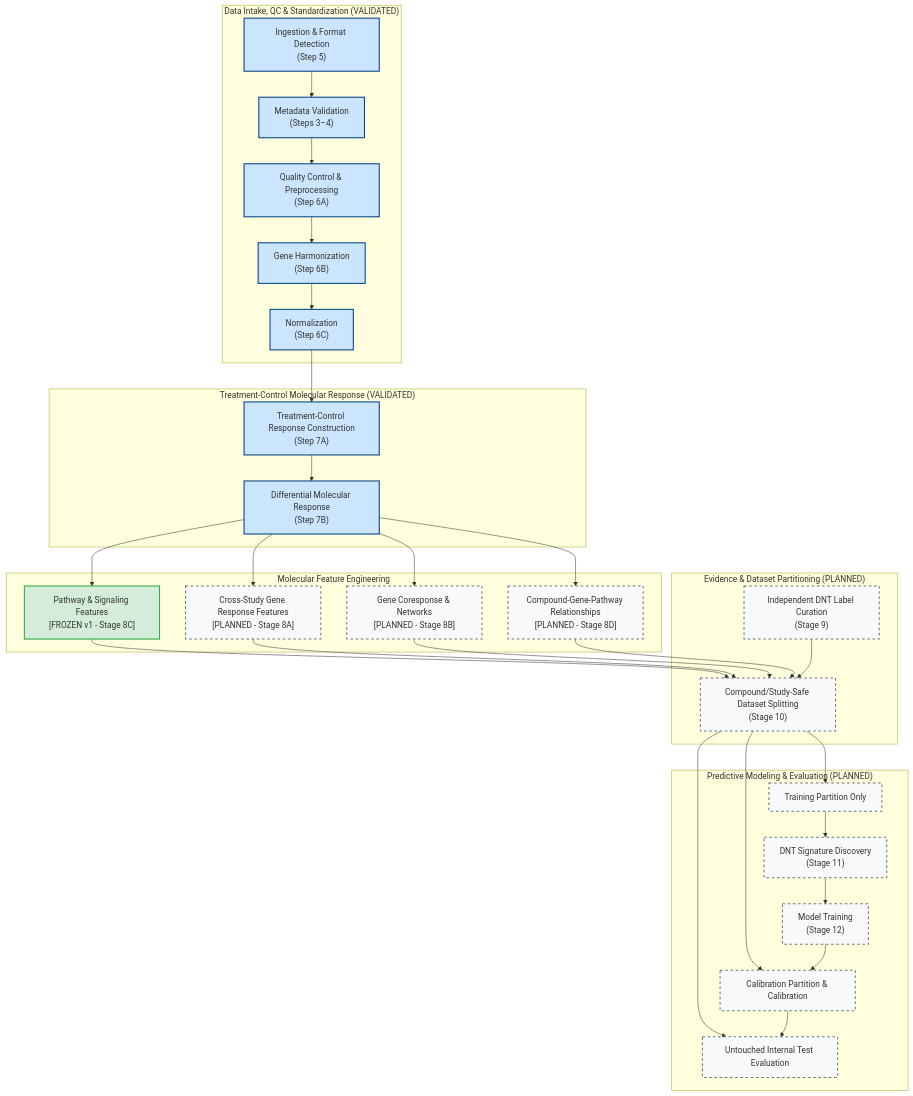
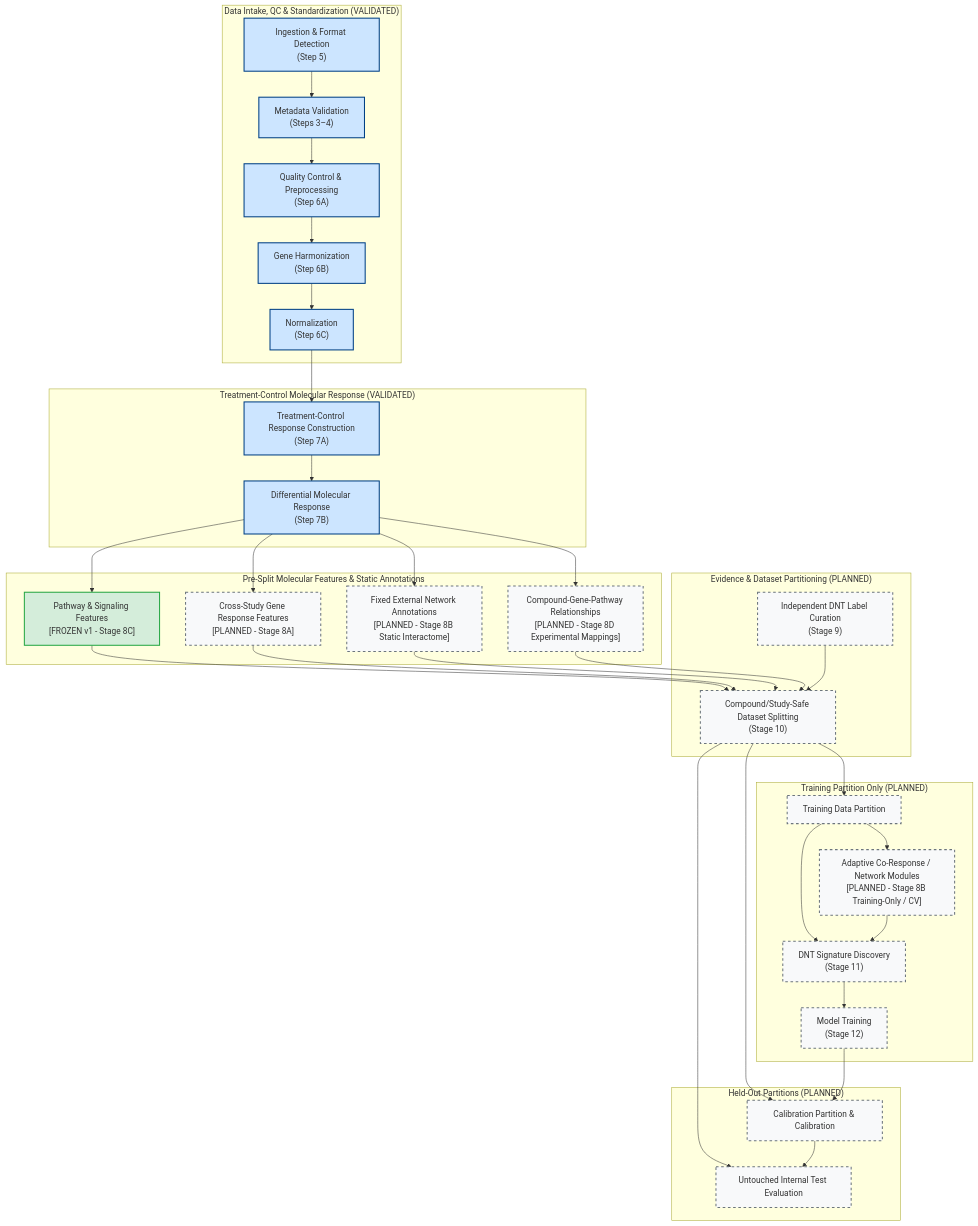
The diagram in docs/project/PIPELINE_MAP.md (bioprintingLabsInc/DNT-Organoid-AI), drawn with Mermaid before and after one commit. The commit also changed other lines of this file and 4 other files, not shown here.

````diff
--- a/docs/project/PIPELINE_MAP.md
+++ b/docs/project/PIPELINE_MAP.md
@@ -9,66 +9,72 @@
 ```mermaid
 flowchart TD
     subgraph Intake["Data Intake, QC & Standardization (VALIDATED)"]
         A1["Ingestion & Format Detection\n(Step 5)"]
         A2["Metadata Validation\n(Steps 3–4)"]
         A3["Quality Control & Preprocessing\n(Step 6A)"]
         A4["Gene Harmonization\n(Step 6B)"]
         A5["Normalization\n(Step 6C)"]
         A1 --> A2 --> A3 --> A4 --> A5
     end
 
     subgraph Contrast["Treatment-Control Molecular Response (VALIDATED)"]
         B1["Treatment-Control Response Construction\n(Step 7A)"]
         B2["Differential Molecular Response\n(Step 7B)"]
         B1 --> B2
     end
 
-    subgraph Features["Molecular Feature Engineering"]
+    subgraph PreSplitFeatures["Pre-Split Molecular Features & Static Annotations"]
         C1["Pathway & Signaling Features\n[FROZEN v1 - Stage 8C]"]
         C2["Cross-Study Gene Response Features\n[PLANNED - Stage 8A]"]
-        C3["Gene Coresponse & Networks\n[PLANNED - Stage 8B]"]
-        C4["Compound-Gene-Pathway Relationships\n[PLANNED - Stage 8D]"]
+        C3A["Fixed External Network Annotations\n[PLANNED - Stage 8B Static Interactome]"]
+        C4["Compound-Gene-Pathway Relationships\n[PLANNED - Stage 8D Experimental Mappings]"]
     end
 
     subgraph Partitioning["Evidence & Dataset Partitioning (PLANNED)"]
         D1["Independent DNT Label Curation\n(Stage 9)"]
         D2["Compound/Study-Safe Dataset Splitting\n(Stage 10)"]
     end
 
-    subgraph Modeling["Predictive Modeling & Evaluation (PLANNED)"]
-        E1["Training Partition Only"]
+    subgraph TrainingPartition["Training Partition Only (PLANNED)"]
+        E1["Training Data Partition"]
+        C3B["Adaptive Co-Response / Network Modules\n[PLANNED - Stage 8B Training-Only / CV]"]
         E2["DNT Signature Discovery\n(Stage 11)"]
         E3["Model Training\n(Stage 12)"]
+        E1 --> C3B
+        E1 --> E2
+        C3B --> E2
+        E2 --> E3
+    end
+
+    subgraph EvalPartitions["Held-Out Partitions (PLANNED)"]
         E4["Calibration Partition & Calibration"]
         E5["Untouched Internal Test Evaluation"]
     end
 
     A5 --> B1
     B2 --> C1
     B2 --> C2
-    B2 --> C3
+    B2 --> C3A
     B2 --> C4
 
     C1 --> D2
     C2 --> D2
-    C3 --> D2
+    C3A --> D2
     C4 --> D2
     D1 --> D2
 
     D2 --> E1
     D2 --> E4
     D2 --> E5
 
-    E1 --> E2
-    E2 --> E3
     E3 --> E4
     E4 --> E5
 
     classDef frozen fill:#d4edda,stroke:#28a745,stroke-width:2px;
     classDef validated fill:#cce5ff,stroke:#004085,stroke-width:2px;
     classDef planned fill:#f8f9fa,stroke:#6c757d,stroke-width:2px,stroke-dasharray: 5 5;
 
     class C1 frozen;
     class A1,A2,A3,A4,A5,B1,B2 validated;
-    class C2,C3,C4,D1,D2,E1,E2,E3,E4,E5 planned;
+    class C2,C3A,C3B,C4,D1,D2,E1,E2,E3,E4,E5 planned;
 ```
````
